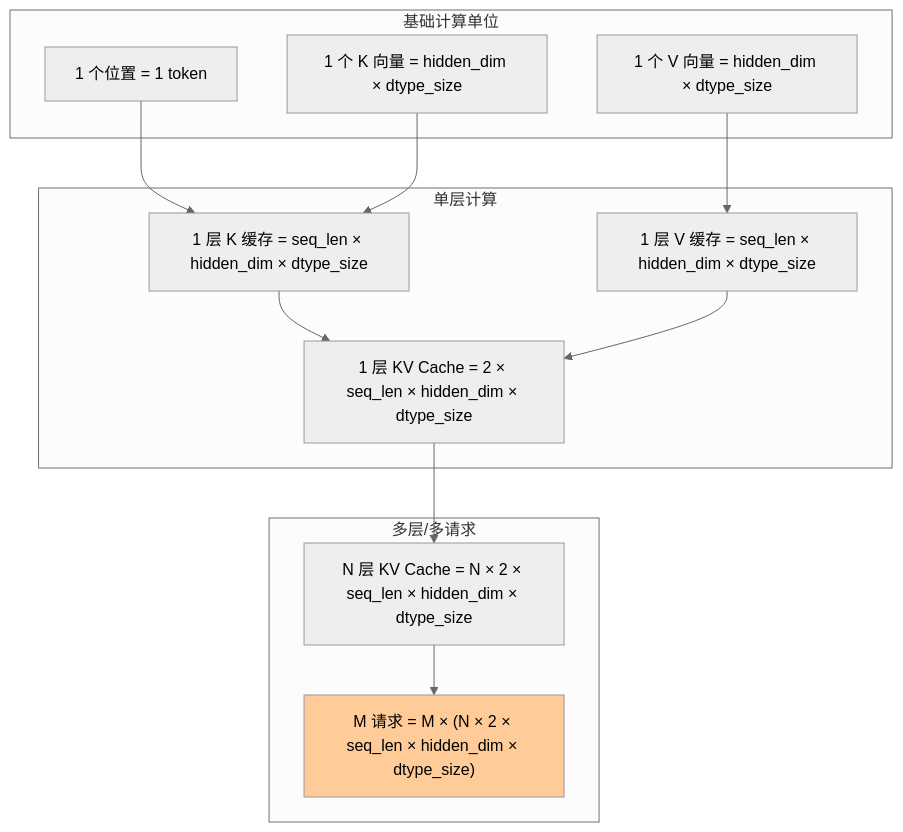
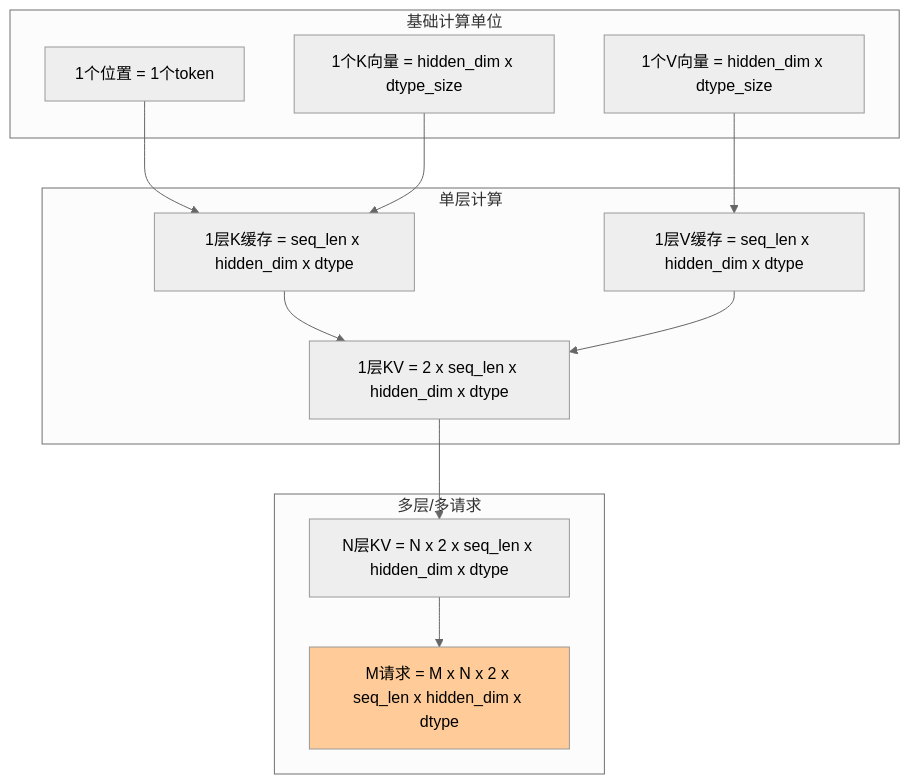
Before and after one commit to konyellin-cyber/longer: the ninth of 16 diagrams in kvcache_implementation.md, drawn with Mermaid (neutral theme). The commit also changed other lines of this file, not shown here.

Commit message:
Fix Mermaid syntax errors: remove special characters and multiline text in node labels

````diff
--- a/kvcache_implementation.md
+++ b/kvcache_implementation.md
@@ -260,29 +271,29 @@
 ```mermaid
 graph TB
-    subgraph "基础计算单位"
-        A1["1 个位置 = 1 token"]
-        A2["1 个 K 向量 = hidden_dim × dtype_size"]
-        A3["1 个 V 向量 = hidden_dim × dtype_size"]
+    subgraph A["基础计算单位"]
+        A1["1个位置 = 1个token"]
+        A2["1个K向量 = hidden_dim x dtype_size"]
+        A3["1个V向量 = hidden_dim x dtype_size"]
     end
     
-    subgraph "单层计算"
-        B1["1 层 K 缓存 = seq_len × hidden_dim × dtype_size"]
-        B2["1 层 V 缓存 = seq_len × hidden_dim × dtype_size"]
-        B3["1 层 KV Cache = 2 × seq_len × hidden_dim × dtype_size"]
+    subgraph B["单层计算"]
+        B1["1层K缓存 = seq_len x hidden_dim x dtype"]
+        B2["1层V缓存 = seq_len x hidden_dim x dtype"]
+        B3["1层KV = 2 x seq_len x hidden_dim x dtype"]
     end
     
-    subgraph "多层/多请求"
-        C1["N 层 KV Cache = N × 2 × seq_len × hidden_dim × dtype_size"]
-        C2["M 请求 = M × (N × 2 × seq_len × hidden_dim × dtype_size)"]
+    subgraph C["多层/多请求"]
+        C1["N层KV = N x 2 x seq_len x hidden_dim x dtype"]
+        C2["M请求 = M x N x 2 x seq_len x hidden_dim x dtype"]
     end
     
     A1 --> B1
     A2 --> B1
     A3 --> B2
     B1 --> B3
     B2 --> B3
     B3 --> C1
     C1 --> C2
     
     style C2 fill:#ffcc99
 ```
````
